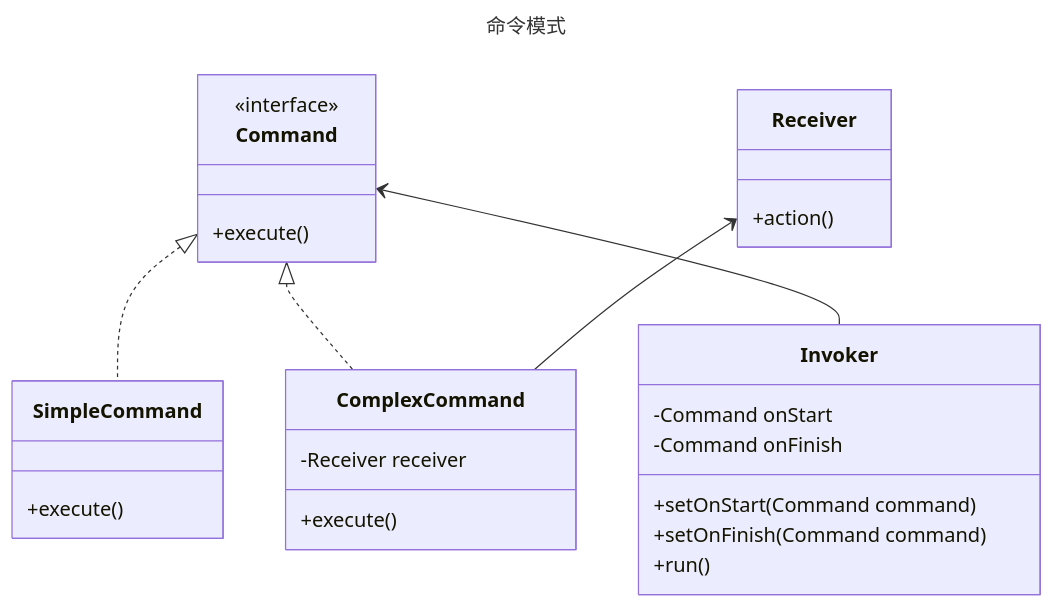
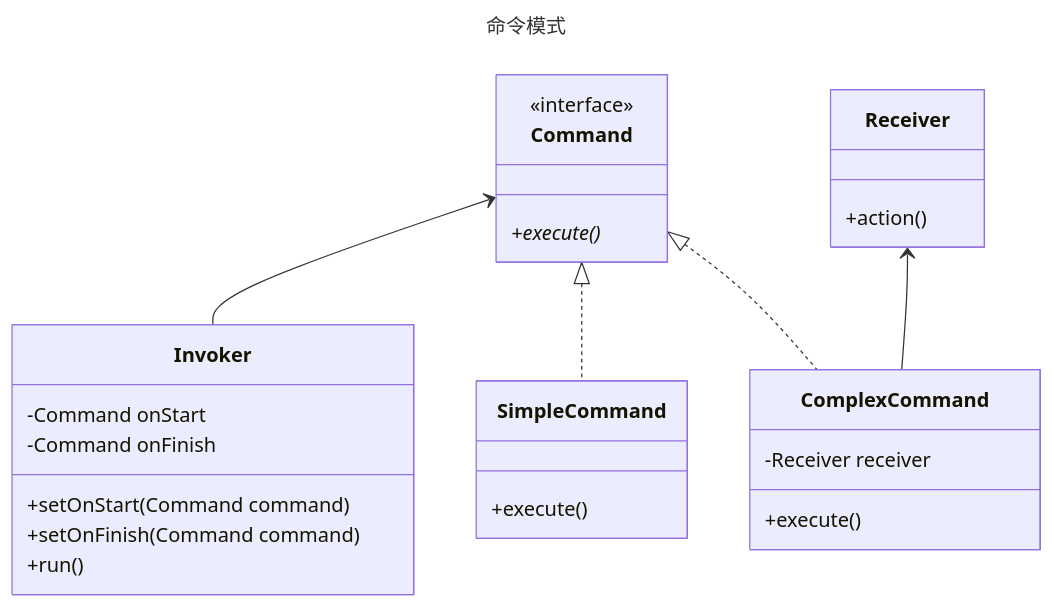
Before and after one commit to fengyun89/typescript-design-patterns: the diagram in command/README.md, drawn with Mermaid. The commit also changed 17 other files, not shown here.

````diff
--- a/command/README.md
+++ b/command/README.md
@@ -1,31 +1,31 @@
 ```mermaid
 ---
 title: 命令模式
 ---
 classDiagram
     class Command{
         <<interface>>
-        +execute()
+        +execute()*
     }
     class SimpleCommand {
         +execute()
     }
     class ComplexCommand {
         -Receiver receiver
         +execute()
     }
     class Receiver {
         +action()
     }
     class Invoker {
         -Command onStart
         -Command onFinish
         +setOnStart(Command command)
         +setOnFinish(Command command)
         +run()
     }
+    Command <-- Invoker
     Command <|.. SimpleCommand 
     Command <|.. ComplexCommand 
     Receiver <-- ComplexCommand 
-    Command <-- Invoker 
 ```
````
